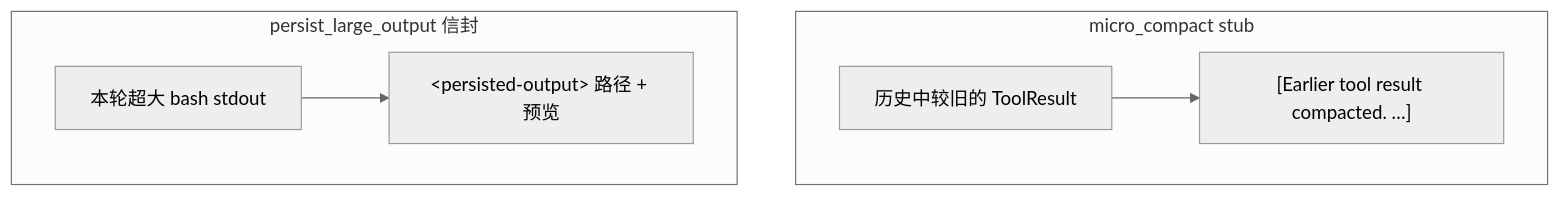
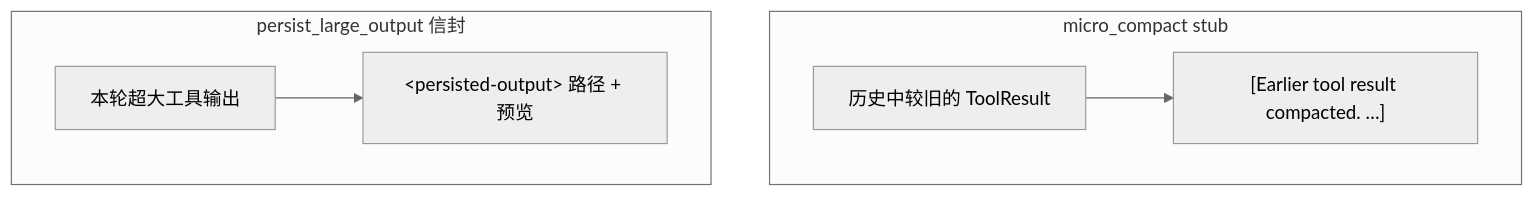
Diagram 13 of 15 in book/05_chapter_compact_zh.md (rust-infra/tact), drawn with Mermaid (neutral theme) before and after one commit. The commit also changed other lines of this file and 5 other files, not shown here.

````diff
--- a/book/05_chapter_compact_zh.md
+++ b/book/05_chapter_compact_zh.md
@@ -513,14 +517,14 @@
 ```mermaid
 flowchart TB
     subgraph Micro["micro_compact stub"]
         M1[历史中较旧的 ToolResult]
         M2["[Earlier tool result compacted. …]"]
         M1 --> M2
     end
 
     subgraph Spill["persist_large_output 信封"]
-        S1[本轮超大 bash stdout]
+        S1[本轮超大工具输出]
         S2["&lt;persisted-output&gt; 路径 + 预览"]
         S1 --> S2
     end
 ```
````
